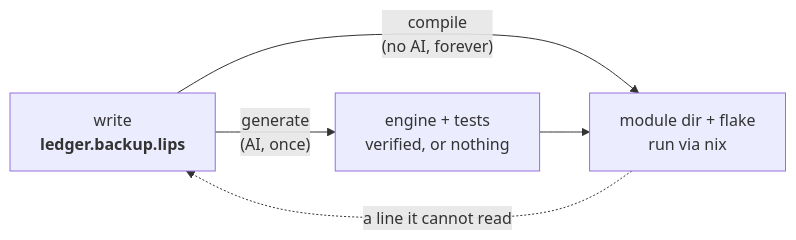
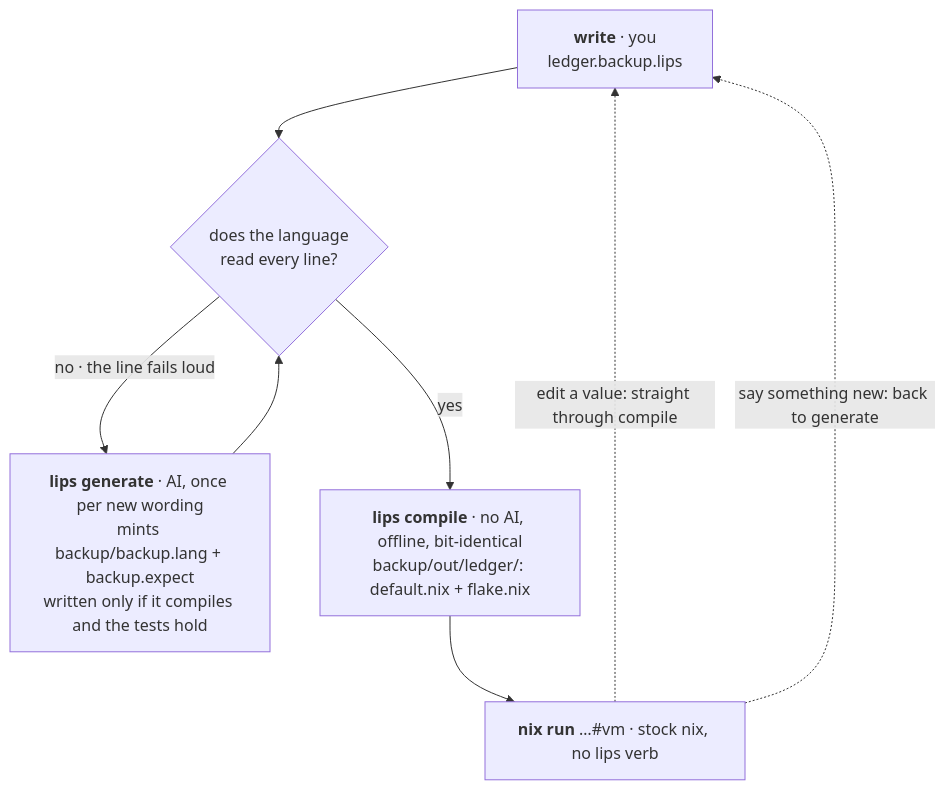
Before and after one commit to cornerman/lips: the diagram in README.md, drawn with Mermaid. The commit also changed other lines of this file and 1 other file, not shown here.

Commit message:
readme: clarify the loop diagram, add install, run examples via the lips cli

````diff
--- a/README.md
+++ b/README.md
@@ -103,8 +103,16 @@
 ```mermaid
-flowchart LR
-    W["write<br><b>ledger.backup.lips</b>"]
-    W -->|"generate<br>(AI, once)"| E["engine + tests<br>verified, or nothing"]
-    W -->|"compile<br>(no AI, forever)"| M["module dir + flake<br>run via nix"]
-    E --> M
-    M -.->|"a line it cannot read"| W
+flowchart TD
+    W["<b>write</b> · you<br>ledger.backup.lips"]
+    Q{"does the language<br>read every line?"}
+    G["<b>lips generate</b> · AI, once per new wording<br>mints backup/backup.lang + backup.expect<br>written only if it compiles and the tests hold"]
+    C["<b>lips compile</b> · no AI, offline, bit-identical<br>backup/out/ledger/: default.nix + flake.nix"]
+    R["<b>nix run</b> …#vm · stock nix, no lips verb"]
+
+    W --> Q
+    Q -->|"no · the line fails loud"| G
+    G --> Q
+    Q -->|yes| C
+    C --> R
+    R -.->|"edit a value: straight through compile"| W
+    R -.->|"say something new: back to generate"| W
 ```
````
